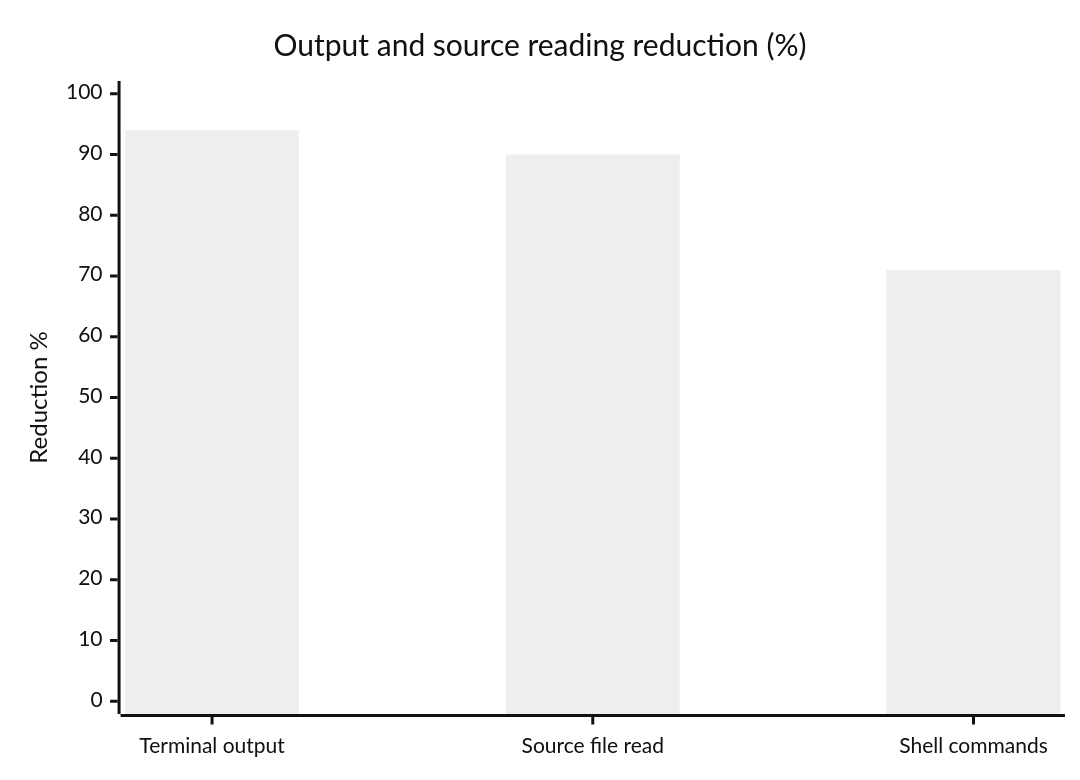
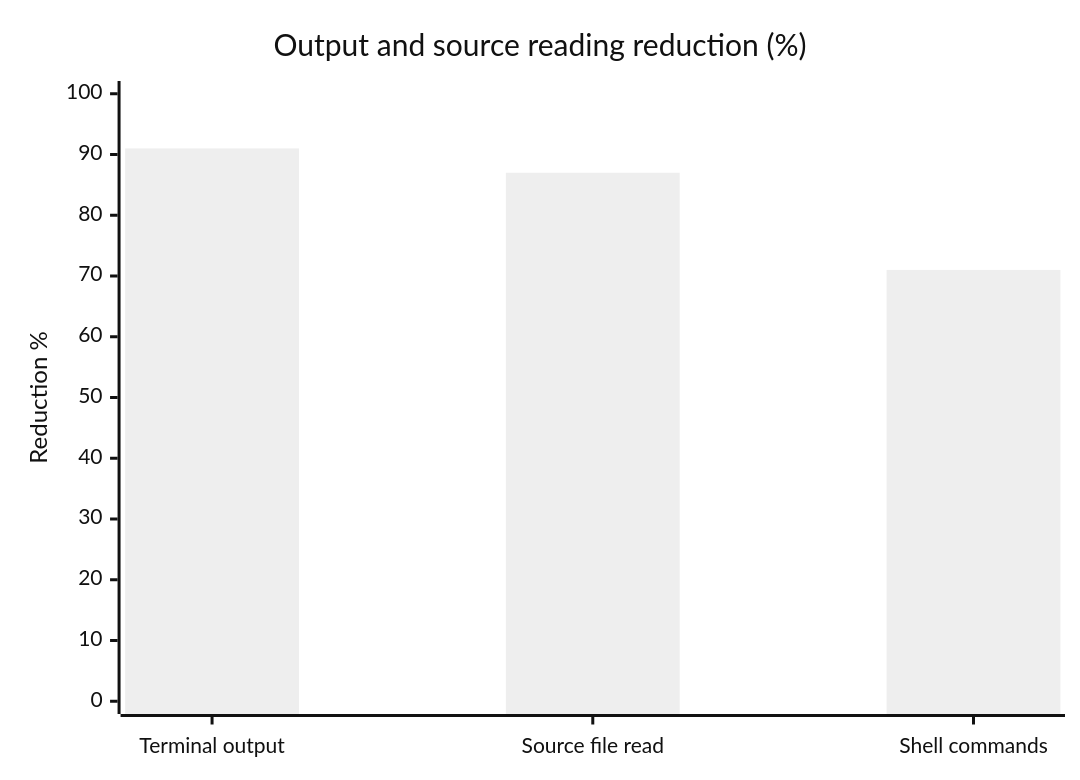
Before and after one commit to grafikerdem/agent-context-economy: the first of 2 diagrams in benchmark-results/benchmark.md, drawn with Mermaid (neutral theme). The commit also changed other lines of this file and 17 other files, not shown here.

````diff
--- a/benchmark-results/benchmark.md
+++ b/benchmark-results/benchmark.md
@@ -39,7 +39,7 @@
 ```mermaid
 xychart-beta
     title "Output and source reading reduction (%)"
     x-axis ["Terminal output", "Source file read", "Shell commands"]
     y-axis "Reduction %" 0 --> 100
-    bar [94, 90, 71]
+    bar [91, 87, 71]
 ```
````
